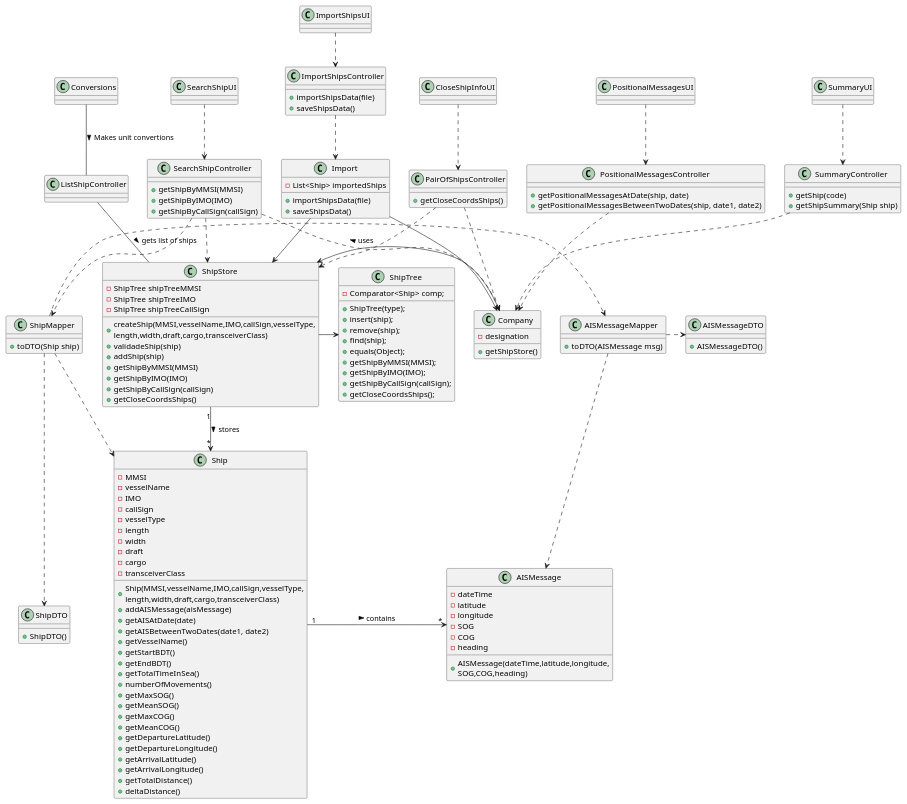
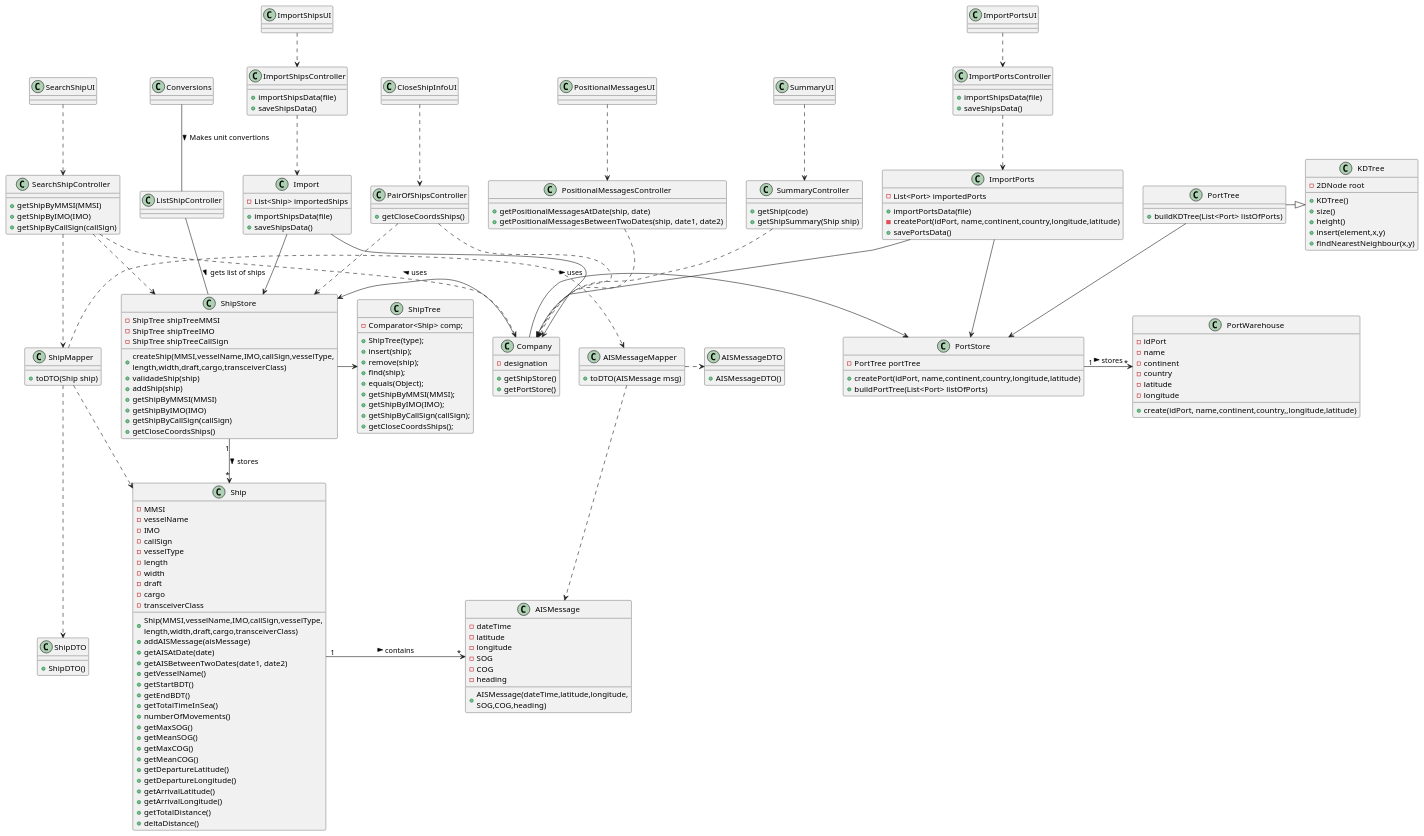
Before and after one commit to mpoboas/lapr3-2021-g102: the diagram in docs/Sprint2/General Class Diagram.puml, drawn with PlantUML. The commit also changed 11 other files, not shown here.

Commit message:
<G0102-35> Import Ports - Final Commits

```diff
--- a/docs/Sprint2/General Class Diagram.puml
+++ b/docs/Sprint2/General Class Diagram.puml
@@ -4,6 +4,7 @@
 class Company {
 -designation
 +getShipStore()
++getPortStore()
 }
 
 class ShipStore{
@@ -19,6 +20,11 @@
 +getCloseCoordsShips()
 }
 
+class PortStore{
+-PortTree portTree
++createPort(idPort, name,continent,country,longitude,latitude)
++buildPortTree(List<Port> listOfPorts)
+}
 
 class Ship{
 -MMSI
@@ -52,6 +58,16 @@
 +deltaDistance()
 }
 
+class PortWarehouse{
+-idPort
+-name
+-continent
+-country
+-latitude
+-longitude
++create(idPort, name,continent,country,,longitude,latitude)
+}
+
 class ShipTree{
 -Comparator<Ship> comp;
 +ShipTree(type);
@@ -73,6 +89,18 @@
 -heading
 +AISMessage(dateTime,latitude,longitude,\nSOG,COG,heading)
 }
+
+class PortTree{
++buildKDTree(List<Port> listOfPorts)
+}
+class KDTree{
+-2DNode root
++KDTree()
++size()
++height()
++insert(element,x,y)
++findNearestNeighbour(x,y)
+}
 class ImportShipsUI {
 }
 
@@ -86,6 +114,13 @@
 -List<Ship> importedShips
 +importShipsData(file)
 +saveShipsData()
+}
+
+class ImportPorts{
+-List<Port> importedPorts
++importPortsData(file)
+-createPort(idPort, name,continent,country,longitude,latitude)
++savePortsData()
 }
 
 class SearchShipController {
@@ -135,6 +170,14 @@
 +getCloseCoordsShips()
 }
 
+class ImportPortsController {
++importShipsData(file)
++saveShipsData()
+}
+
+class ImportPortsUI {
+}
+
 
 ImportShipsUI ..> ImportShipsController
 ImportShipsController ..> Import
@@ -172,6 +215,18 @@
 AISMessageMapper .> AISMessageDTO
 
 
+ImportPortsUI ..> ImportPortsController
+ImportPortsController ..> ImportPorts
+ImportPorts --> Company
+ImportPorts -> PortStore
+Company -> PortStore : uses >
+PortStore "1" ->  "*" PortWarehouse: stores >
+
+
+PortTree --> PortStore
+ PortTree -|> KDTree
+
+
 
 
 
```
